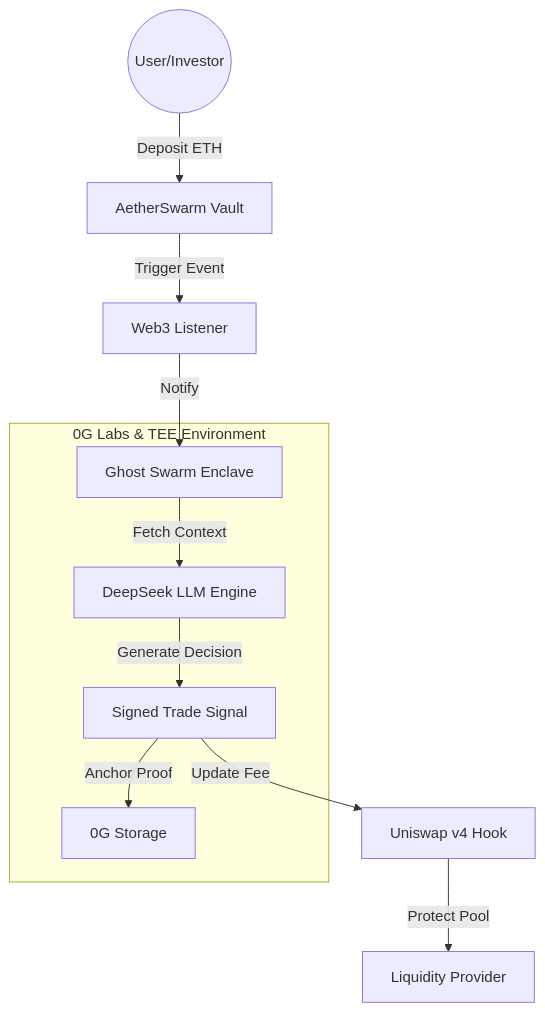
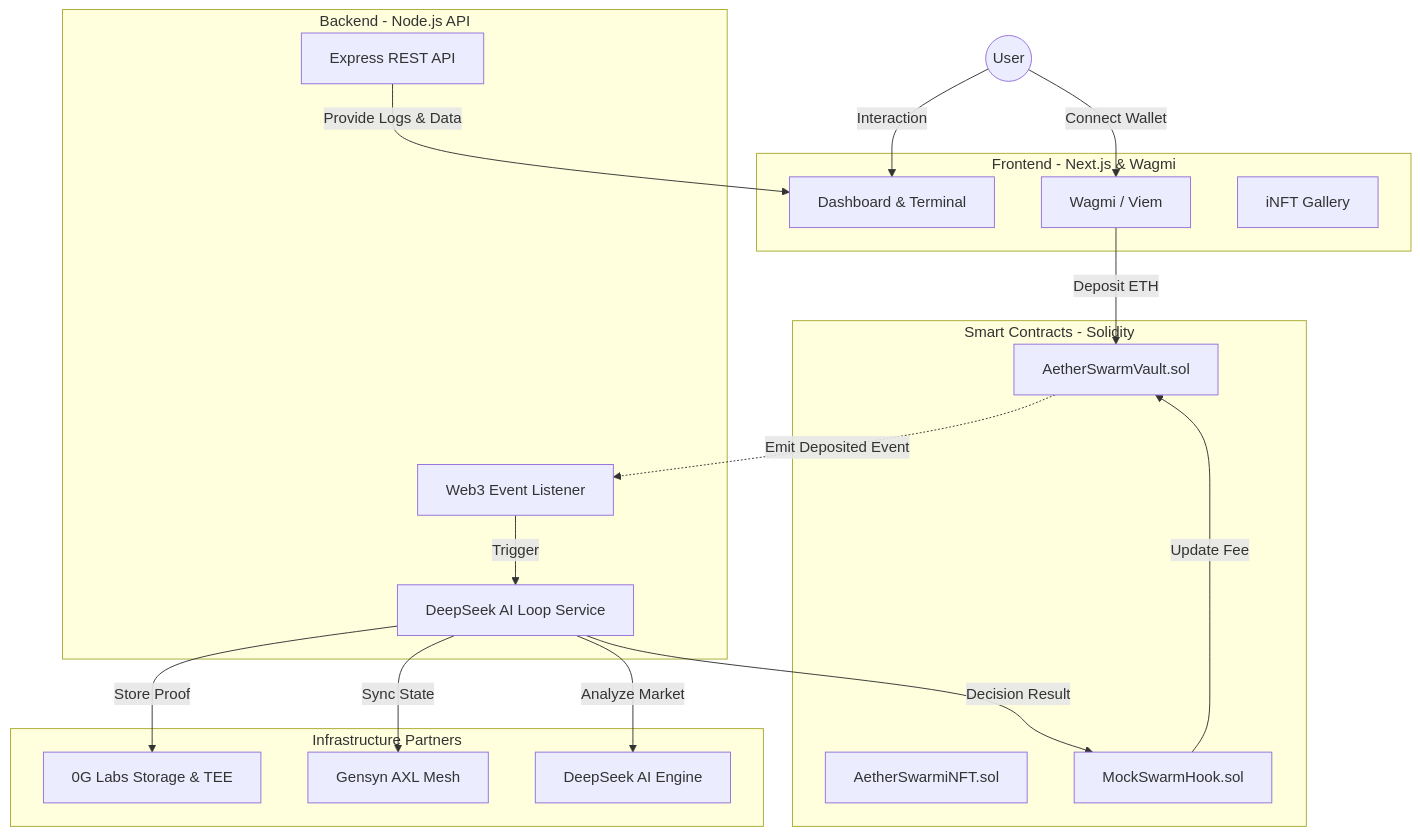
The diagram in README.md (themaden/Aetherswarm), drawn with Mermaid before and after one commit.

Commit message:
docs: finalize full-stack architecture diagram

````diff
--- a/README.md
+++ b/README.md
@@ -37,15 +35,39 @@
 ```mermaid
-flowchart TD
-    User((User/Investor)) -- "Deposit ETH" --> Vault[AetherSwarm Vault]
-    Vault -- "Trigger Event" --> Listener[Web3 Listener]
-    Listener -- "Notify" --> Swarm[Ghost Swarm Enclave]
-    
-    subgraph "0G Labs & TEE Environment"
-    Swarm -- "Fetch Context" --> DeepSeek[DeepSeek LLM Engine]
-    DeepSeek -- "Generate Decision" --> Decision[Signed Trade Signal]
-    Decision -- "Anchor Proof" --> OGStorage[0G Storage]
+flowchart TB
+    subgraph Frontend [Frontend - Next.js & Wagmi]
+        UI[Dashboard & Terminal]
+        Wagmi[Wagmi / Viem]
+        Gallery[iNFT Gallery]
     end
-    
-    Decision -- "Update Fee" --> Hook[Uniswap v4 Hook]
-    Hook -- "Protect Pool" --> LP[Liquidity Provider]
+
+    subgraph Backend [Backend - Node.js API]
+        API[Express REST API]
+        Listener[Web3 Event Listener]
+        AILoop[DeepSeek AI Loop Service]
+    end
+
+    subgraph Contracts [Smart Contracts - Solidity]
+        Vault[AetherSwarmVault.sol]
+        iNFT[AetherSwarmiNFT.sol]
+        Hook[MockSwarmHook.sol]
+    end
+
+    subgraph Partners [Infrastructure Partners]
+        OG[0G Labs Storage & TEE]
+        Gensyn[Gensyn AXL Mesh]
+        DeepSeek[DeepSeek AI Engine]
+    end
+
+    %% Interactions
+    User((User)) -->|Connect Wallet| Wagmi
+    User -->|Interaction| UI
+    Wagmi -->|Deposit ETH| Vault
+    Vault -.->|Emit Deposited Event| Listener
+    Listener -->|Trigger| AILoop
+    AILoop -->|Analyze Market| DeepSeek
+    AILoop -->|Store Proof| OG
+    AILoop -->|Sync State| Gensyn
+    API -->|Provide Logs & Data| UI
+    AILoop -->|Decision Result| Hook
+    Hook -->|Update Fee| Vault
 ```
````
